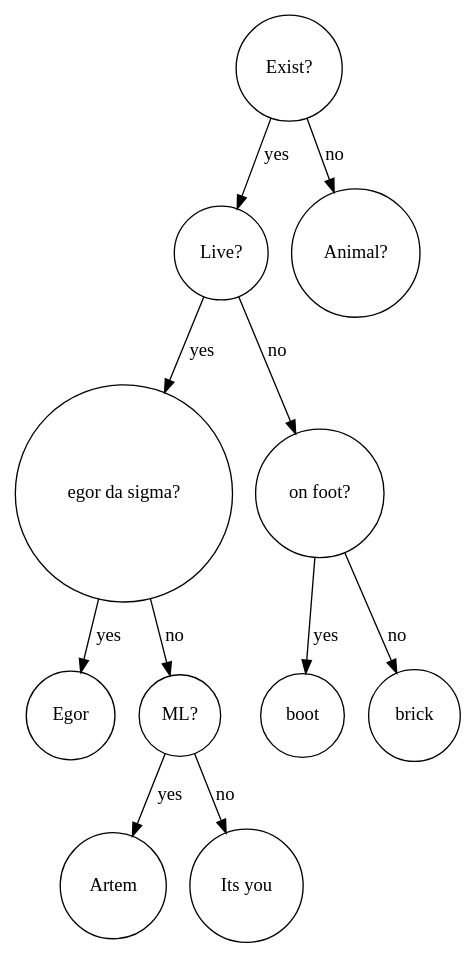
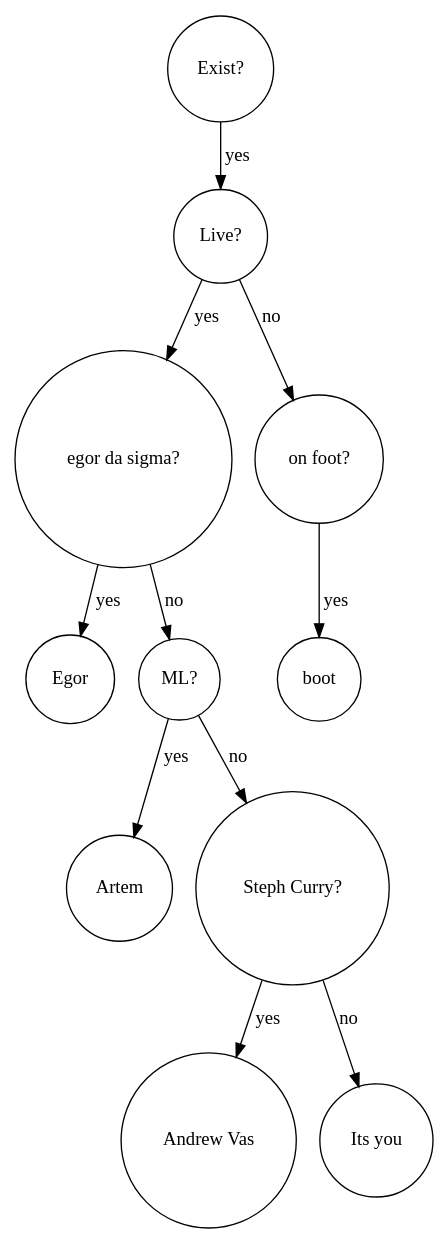
Before and after one commit to fl4cko11/Huawei_MIPT: the diagram in tree/akinator/bst_visual_log/bst_10.dot, drawn with Graphviz. The commit also changed 18 other files, not shown here.

```diff
--- a/tree/akinator/bst_visual_log/bst_10.dot
+++ b/tree/akinator/bst_visual_log/bst_10.dot
@@ -1,13 +1,13 @@
 digraph BST {
     node [shape=circle];
     "Exist?" -> "Live?" [label="yes"];
-    "Exist?" -> "Animal?" [label="no"];
     "Live?" -> "egor da sigma?" [label="yes"];
     "Live?" -> "on foot?" [label="no"];
     "egor da sigma?" -> "Egor" [label="yes"];
     "egor da sigma?" -> "ML?" [label="no"];
     "ML?" -> "Artem" [label="yes"];
-    "ML?" -> "Its you" [label="no"];
+    "ML?" -> "Steph Curry?" [label="no"];
+    "Steph Curry?" -> "Andrew Vas" [label="yes"];
+    "Steph Curry?" -> "Its you" [label="no"];
     "on foot?" -> "boot" [label="yes"];
-    "on foot?" -> "brick" [label="no"];
 }
```
